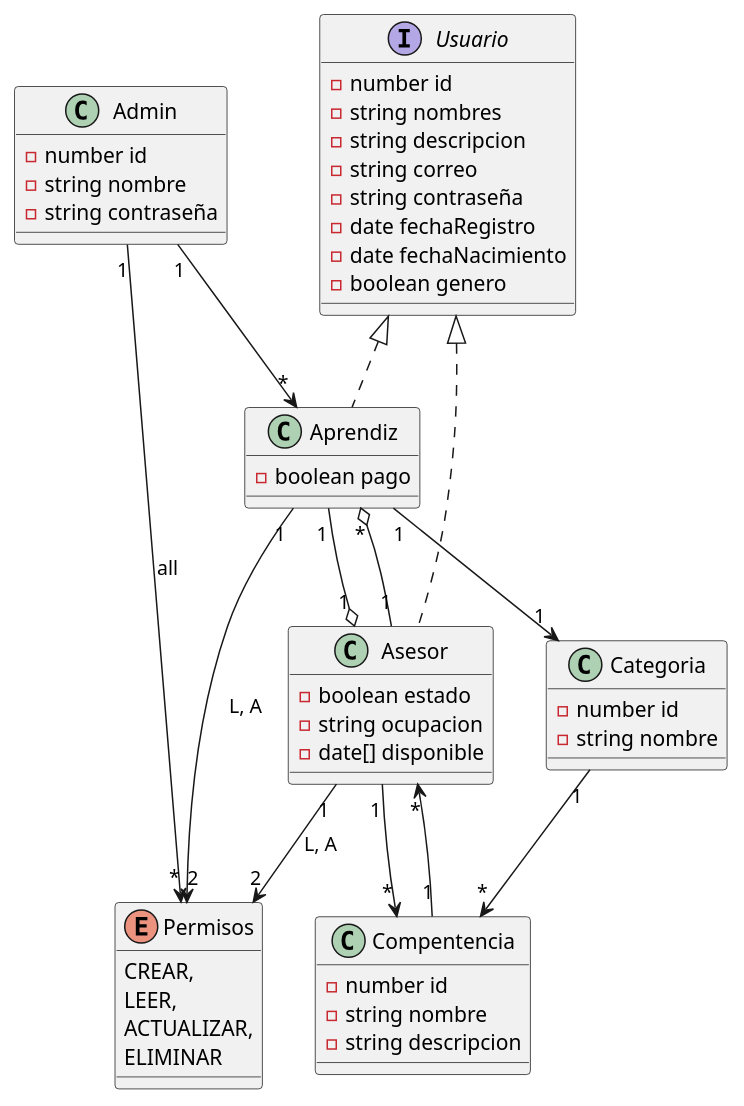
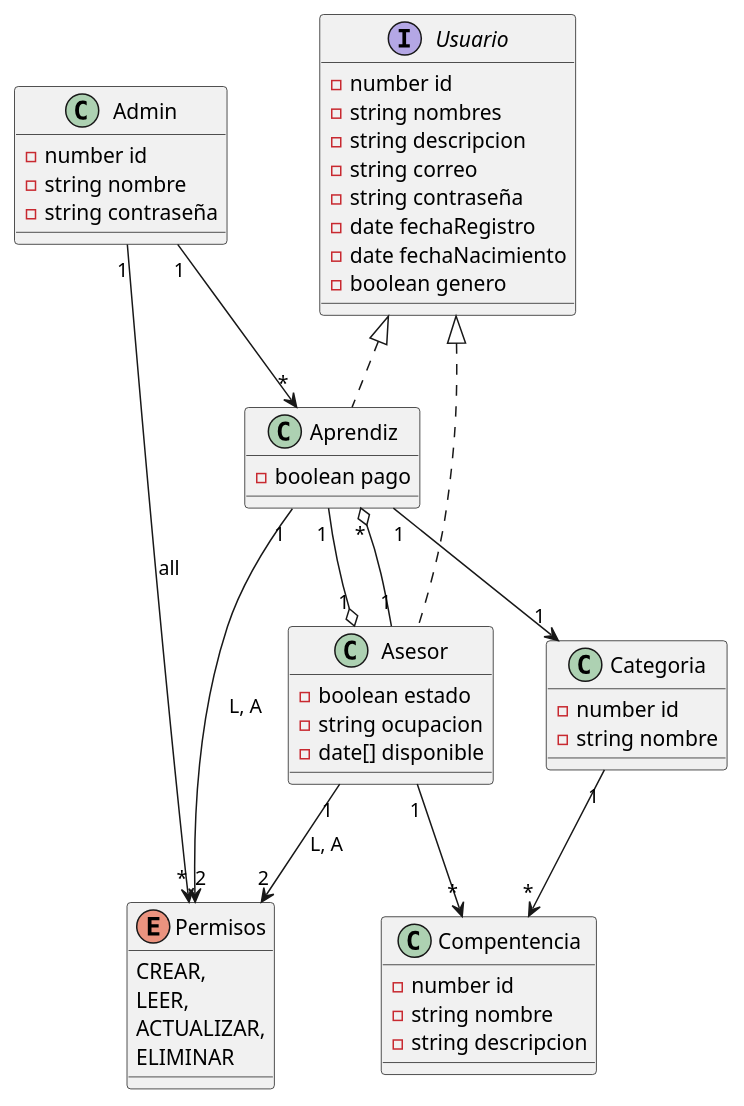
One commit to Marlon-E-Zambrano-Z/AUG changed the diagram in UML/DiagramaClases.plantuml. Above: the diagram before and after it, drawn with PlantUML. The commit also changed 3 other files, not shown here.

```diff
--- a/UML/DiagramaClases.plantuml
+++ b/UML/DiagramaClases.plantuml
@@ -1,57 +1,56 @@
 @startuml diagramaClases
 
 interface Usuario{
   - number id
   - string nombres
   - string descripcion 
   - string correo
   - string contraseña
   - date fechaRegistro
   - date fechaNacimiento
   - boolean genero
 }
 
 enum Permisos{
   CREAR, 
   LEER, 
   ACTUALIZAR, 
   ELIMINAR
 }
 
 class Admin{
   - number id
   - string nombre
   - string contraseña
 }
 Admin "1" --> "*" Permisos: all
 Admin "1" --> "*" Aprendiz
 
 class Asesor implements Usuario{
   - boolean estado
   - string ocupacion
   - date[] disponible
 }
 Asesor "1" --o "*" Aprendiz
 Asesor "1" --> "*" Compentencia 
 Asesor "1" --> "2" Permisos : L, A
 
 class Aprendiz implements Usuario{
   - boolean pago
 }
 Aprendiz "1" --> "1" Categoria  
 Aprendiz "1" --o "1" Asesor
 Aprendiz "1" --> "2" Permisos : L, A
 
 class Categoria{
   - number id
   - string nombre
 }
 Categoria "1" --> "*" Compentencia
 
 class Compentencia {
   - number id
   - string nombre
   - string descripcion
 }
-Compentencia "1" --> "*" Asesor
 @enduml
```
